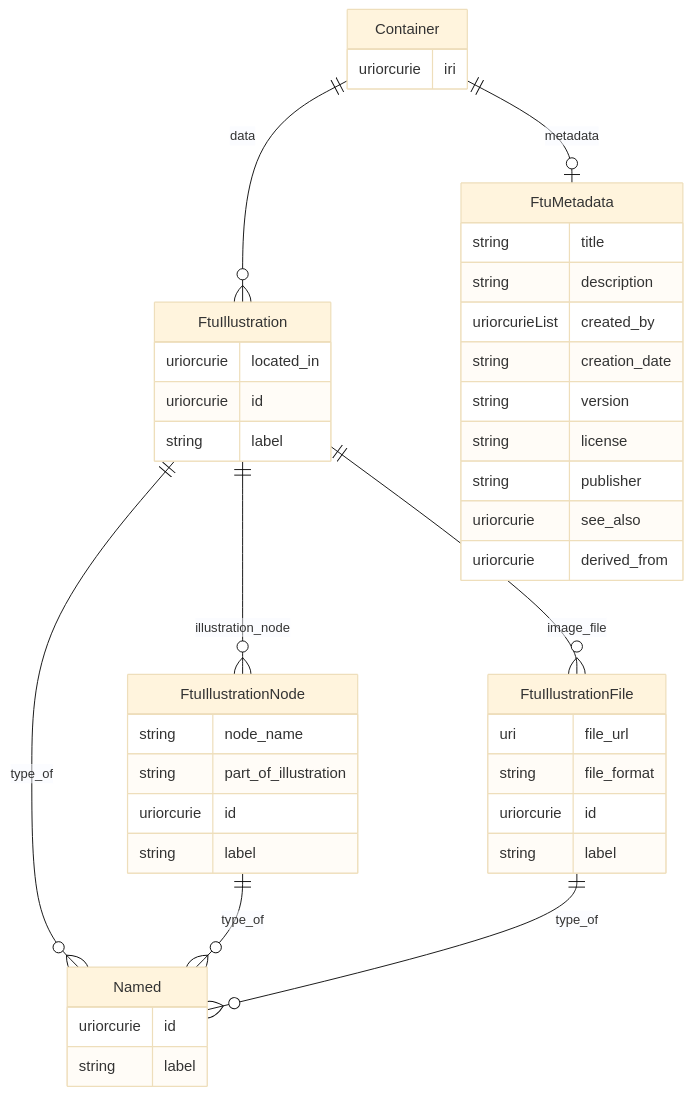
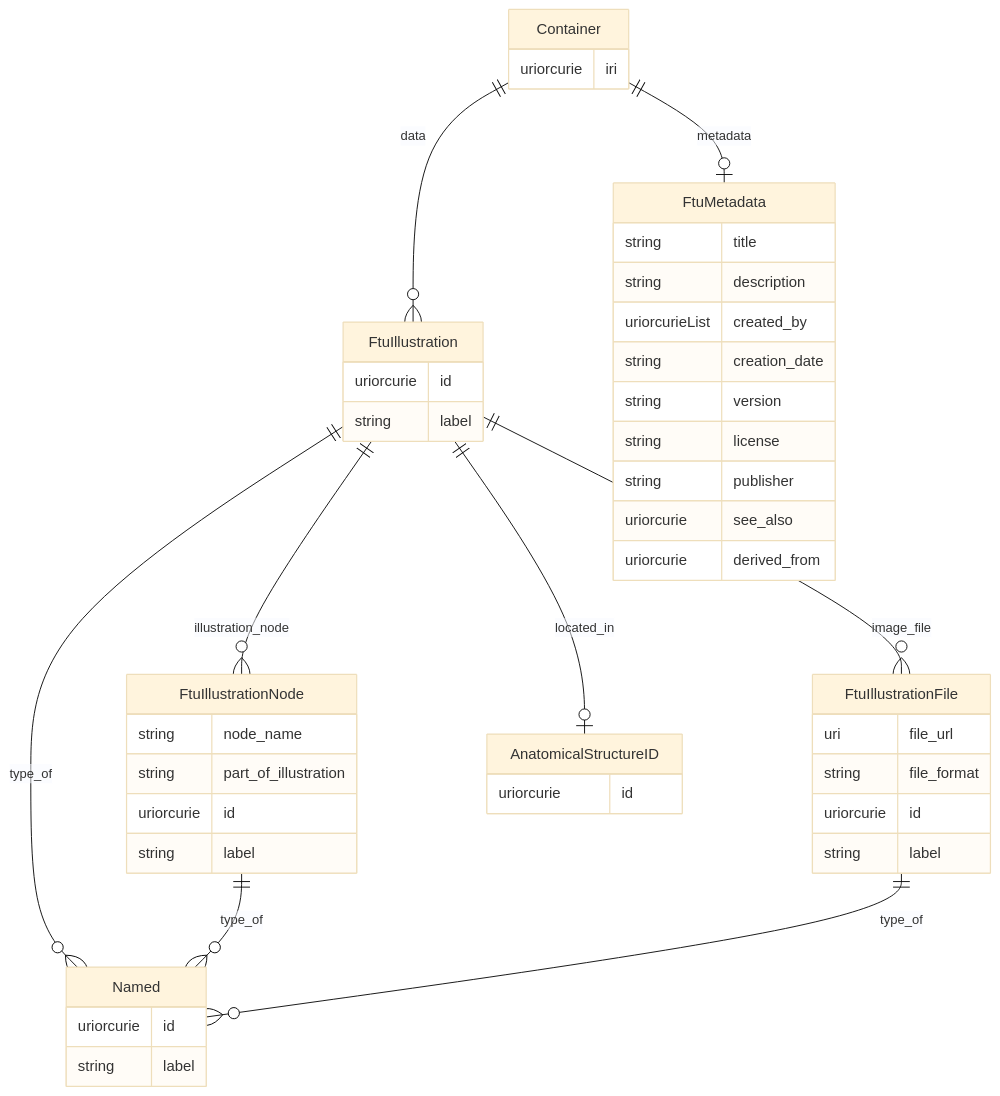
The first of 18 diagrams in er-diagrams.md (hubmapconsortium/hra-do-processor), drawn with Mermaid (base theme) before and after one commit. The commit also changed other lines of this file and 12 other files, not shown here.

````diff
--- a/er-diagrams.md
+++ b/er-diagrams.md
@@ -4,47 +4,50 @@
 ```mermaid
 erDiagram
 Container {
     uriorcurie iri  
 }
 FtuIllustration {
-    uriorcurie located_in  
     uriorcurie id  
     string label  
 }
 Named {
     uriorcurie id  
     string label  
 }
 FtuIllustrationNode {
     string node_name  
     string part_of_illustration  
     uriorcurie id  
     string label  
 }
 FtuIllustrationFile {
     uri file_url  
     string file_format  
     uriorcurie id  
     string label  
 }
+AnatomicalStructureID {
+    uriorcurie id  
+}
 FtuMetadata {
     string title  
     string description  
     uriorcurieList created_by  
     string creation_date  
     string version  
     string license  
     string publisher  
     uriorcurie see_also  
     uriorcurie derived_from  
 }
 
 Container ||--|o FtuMetadata : "metadata"
 Container ||--}o FtuIllustration : "data"
+FtuIllustration ||--|o AnatomicalStructureID : "located_in"
 FtuIllustration ||--}o FtuIllustrationFile : "image_file"
 FtuIllustration ||--}o FtuIllustrationNode : "illustration_node"
 FtuIllustration ||--}o Named : "type_of"
 FtuIllustrationNode ||--}o Named : "type_of"
 FtuIllustrationFile ||--}o Named : "type_of"
 
 ```
````
